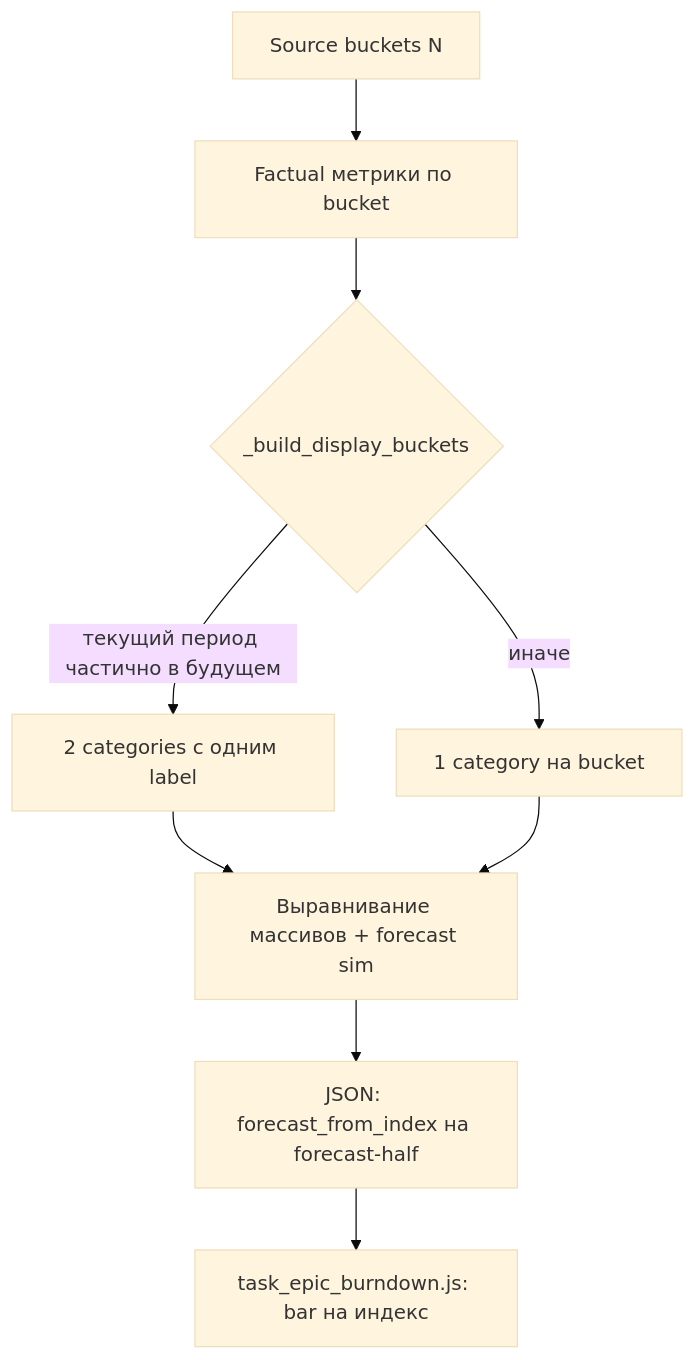
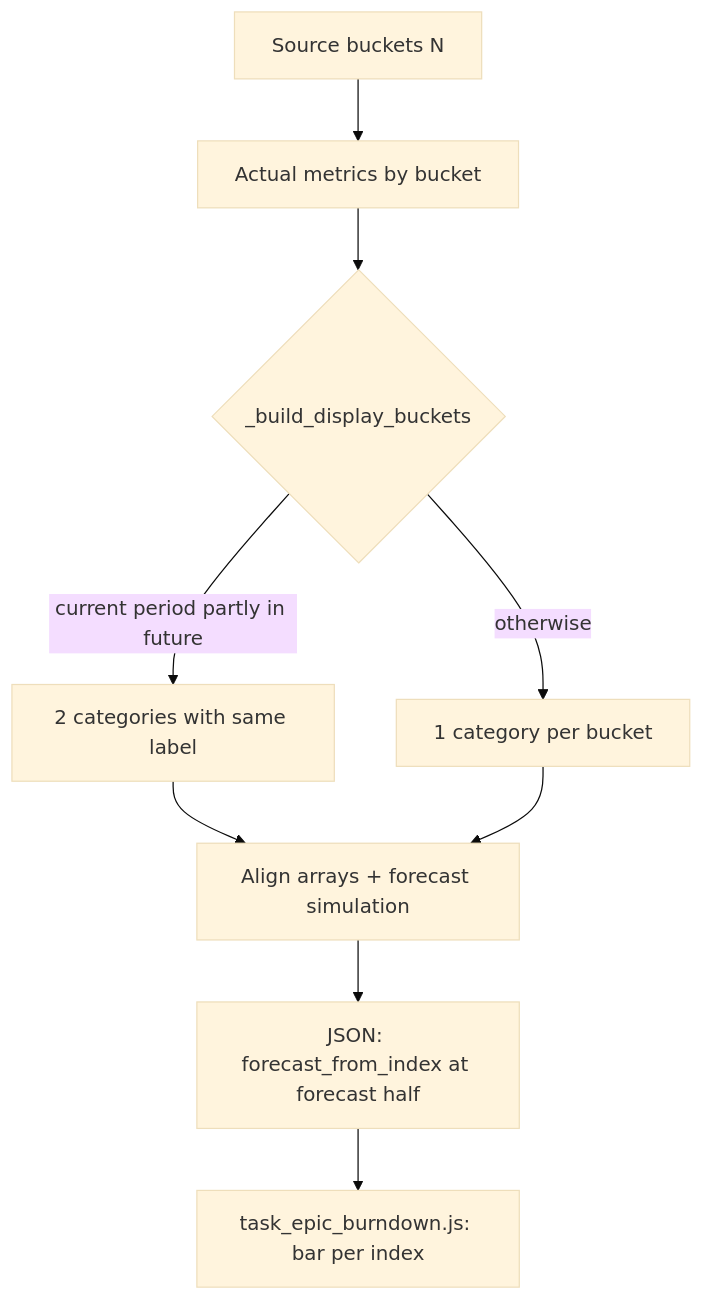
The fifth of 5 diagrams in README.md (Dinext-pro/dinext-project-tasks-gantt), drawn with Mermaid (base theme) before and after one commit. The commit also changed other lines of this file and 1 other file, not shown here.

````diff
--- a/README.md
+++ b/README.md
@@ -228,11 +226,11 @@
 ```mermaid
 flowchart TD
-    buckets[Source buckets N] --> calc[Factual метрики по bucket]
+    buckets[Source buckets N] --> calc[Actual metrics by bucket]
     calc --> split{_build_display_buckets}
-    split -->|текущий период частично в будущем| dup[2 categories с одним label]
-    split -->|иначе| one[1 category на bucket]
-    dup --> align[Выравнивание массивов + forecast sim]
+    split -->|current period partly in future| dup[2 categories with same label]
+    split -->|otherwise| one[1 category per bucket]
+    dup --> align[Align arrays + forecast simulation]
     one --> align
-    align --> api[JSON: forecast_from_index на forecast-half]
-    api --> js[task_epic_burndown.js: bar на индекс]
+    align --> api[JSON: forecast_from_index at forecast half]
+    api --> js[task_epic_burndown.js: bar per index]
 ```
````
